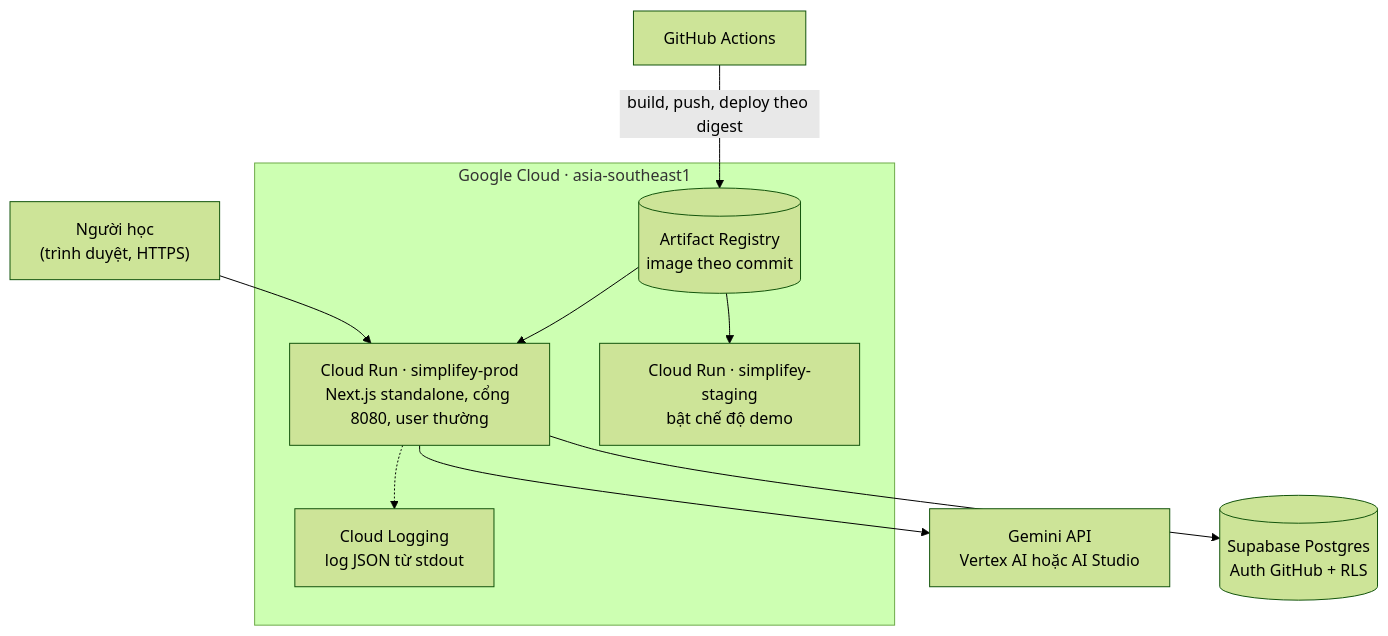
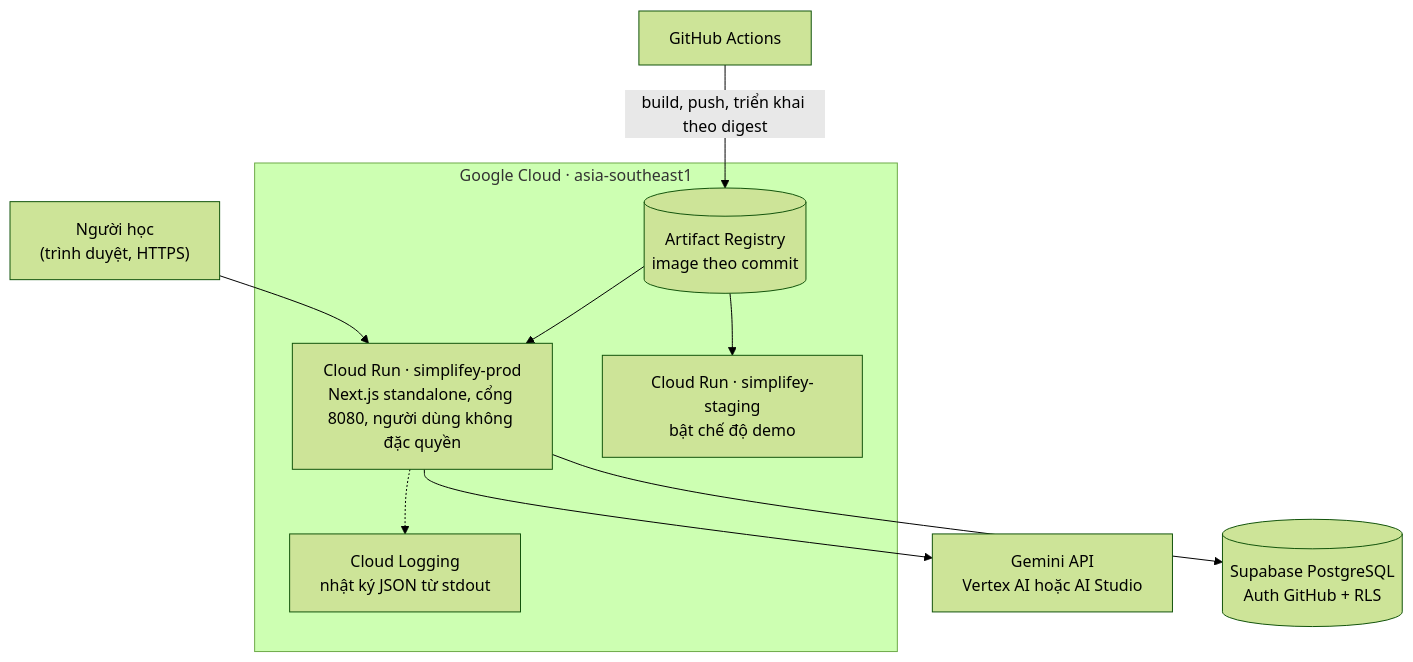
One commit to ThanhThien-coder/HackathonSGU-MeoMeo changed the fifth of 6 diagrams in docs/bao_cao_thuyet_trinh/BAO_CAO_DU_AN.md. Above: the diagram before and after it, drawn with Mermaid (forest theme). The commit also changed other lines of this file, not shown here.

````diff
--- a/docs/bao_cao_thuyet_trinh/BAO_CAO_DU_AN.md
+++ b/docs/bao_cao_thuyet_trinh/BAO_CAO_DU_AN.md
@@ -769,16 +833,16 @@
 ```mermaid
 flowchart TB
     U["Người học<br/>(trình duyệt, HTTPS)"] --> CR
     subgraph GCP["Google Cloud · asia-southeast1"]
         AR[("Artifact Registry<br/>image theo commit")]
-        CR["Cloud Run · simplifey-prod<br/>Next.js standalone, cổng 8080, user thường"]
+        CR["Cloud Run · simplifey-prod<br/>Next.js standalone, cổng 8080, người dùng không đặc quyền"]
         CRS["Cloud Run · simplifey-staging<br/>bật chế độ demo"]
-        LOG["Cloud Logging<br/>log JSON từ stdout"]
+        LOG["Cloud Logging<br/>nhật ký JSON từ stdout"]
         AR --> CR
         AR --> CRS
         CR -.-> LOG
     end
     CR --> GEM["Gemini API<br/>Vertex AI hoặc AI Studio"]
-    CR --> DB[("Supabase Postgres<br/>Auth GitHub + RLS")]
-    GH["GitHub Actions"] -->|"build, push, deploy theo digest"| AR
+    CR --> DB[("Supabase PostgreSQL<br/>Auth GitHub + RLS")]
+    GH["GitHub Actions"] -->|"build, push, triển khai theo digest"| AR
 ```
````
